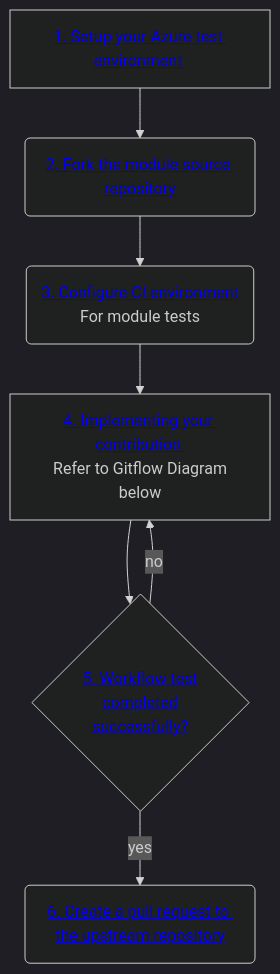
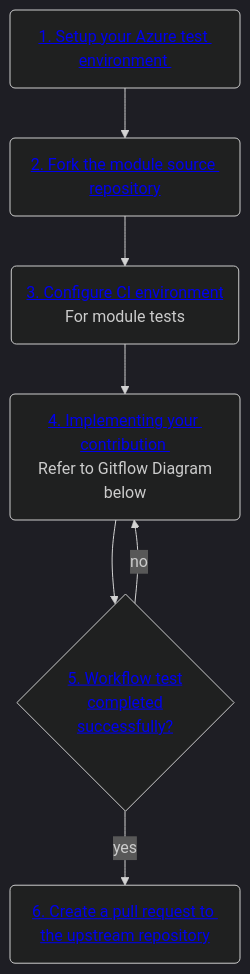
The first of 2 diagrams in docs/content/contributing/bicep/bicep-contribution-flow/_index.md (Azure/Azure-Verified-Modules), drawn with Mermaid (dark theme) before and after one commit. The commit also changed other lines of this file, not shown here.

```diff
--- a/docs/content/contributing/bicep/bicep-contribution-flow/_index.md
+++ b/docs/content/contributing/bicep/bicep-contribution-flow/_index.md
@@ -12,15 +12,15 @@
 {{< mermaid class="text-center" >}}
   flowchart TD
-    A[<a href='/Azure-Verified-Modules/contributing/bicep/bicep-contribution-flow/#1-setup-your-azure-test-environment'>1. Setup your Azure test environment </a>]
+    A(<a href='/Azure-Verified-Modules/contributing/bicep/bicep-contribution-flow/#1-setup-your-azure-test-environment'>1. Setup your Azure test environment </a>)
     B(<a href='/Azure-Verified-Modules/contributing/bicep/bicep-contribution-flow/#1-setup-your-azure-test-environment'>2. Fork the module source repository</a>)
     C(<a href='/Azure-Verified-Modules/contributing/bicep/bicep-contribution-flow/#3-configure-your-ci-environment'>3. Configure CI environment </a> <br> For module tests)
-    D[<a href='/Azure-Verified-Modules/contributing/bicep/bicep-contribution-flow/#4-implement-your-contribution'>4. Implementing your contribution </a><br> Refer to Gitflow Diagram below]
+    D(<a href='/Azure-Verified-Modules/contributing/bicep/bicep-contribution-flow/#4-implement-your-contribution'>4. Implementing your contribution </a><br> Refer to Gitflow Diagram below)
     E{<a href='/Azure-Verified-Modules/contributing/bicep/bicep-contribution-flow/#5-createupdate-and-run-tests'>5. Workflow test <br> completed <br> successfully?</a>}
     F(<a href='/Azure-Verified-Modules/contributing/bicep/bicep-contribution-flow/#6-create-a-pull-request-to-the-public-bicep-registry'>6. Create a pull request to the upstream repository</a>)
     A --> B
     B --> C
     C --> D
     D --> E
     E -->|yes|F
     E -->|no|D
 {{< /mermaid >}}
```
